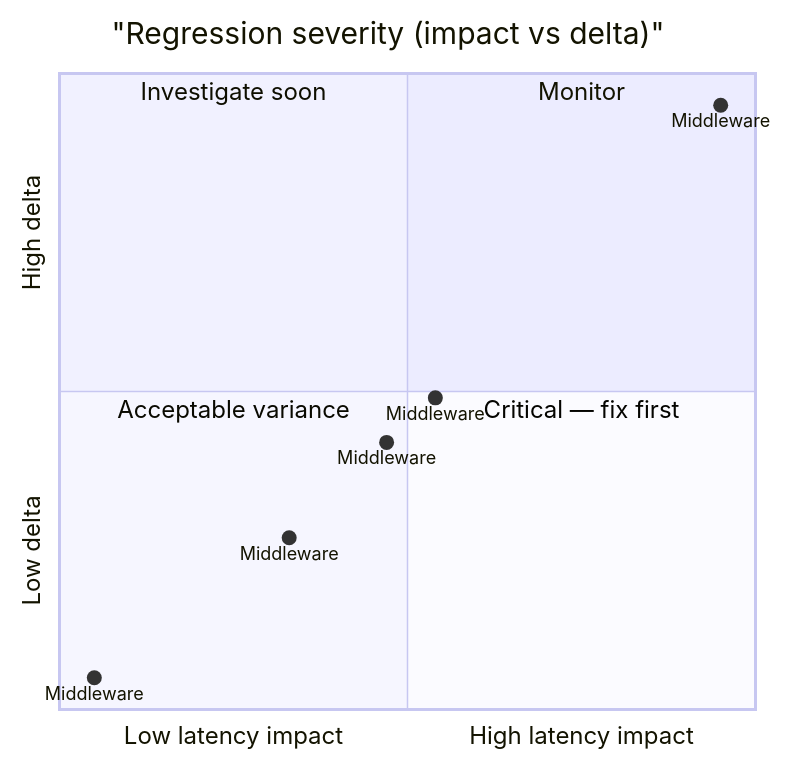
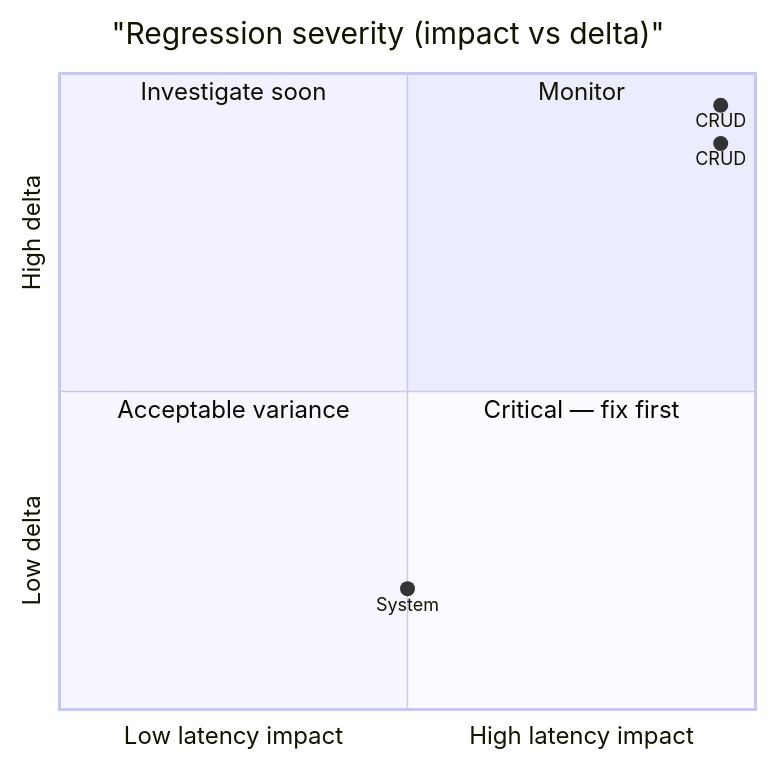
One commit to SveltyCMS/SveltyCMS changed the second of 2 diagrams in docs/project/benchmarks/benchmark_sqlite.mdx. Above: the diagram before and after it, drawn with Mermaid. The commit also changed other lines of this file and 11 other files, not shown here.

````diff
--- a/docs/project/benchmarks/benchmark_sqlite.mdx
+++ b/docs/project/benchmarks/benchmark_sqlite.mdx
@@ -98,15 +97,13 @@
 ```mermaid
 quadrantChart
   title "Regression severity (impact vs delta)"
   x-axis Low latency impact --> High latency impact
   y-axis Low delta --> High delta
   quadrant-1 Monitor
   quadrant-2 Investigate soon
   quadrant-3 Acceptable variance
   quadrant-4 Critical — fix first
-    Middleware: [0.05, 0.05]
-    Middleware: [0.33, 0.27]
-    Middleware: [0.54, 0.49]
-    Middleware: [0.47, 0.42]
-    Middleware: [0.95, 0.95]
+    System: [0.50, 0.19]
+    CRUD: [0.95, 0.95]
+    CRUD: [0.95, 0.89]
 ```
````
